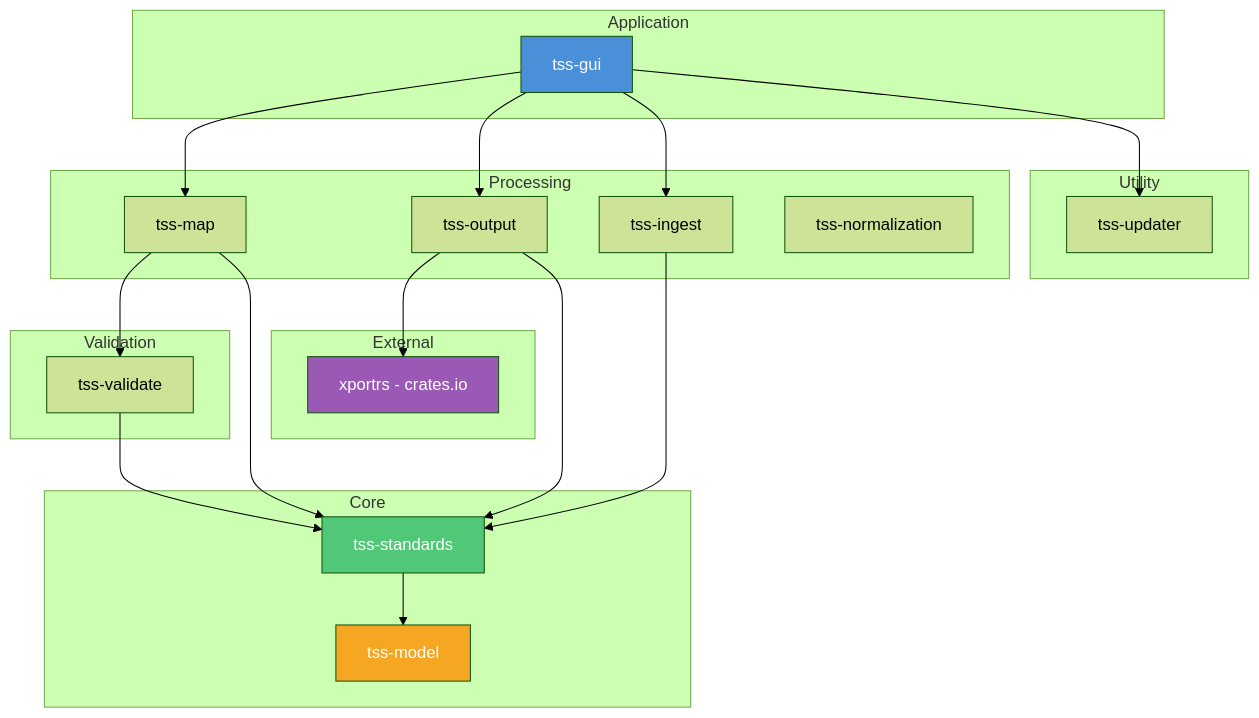
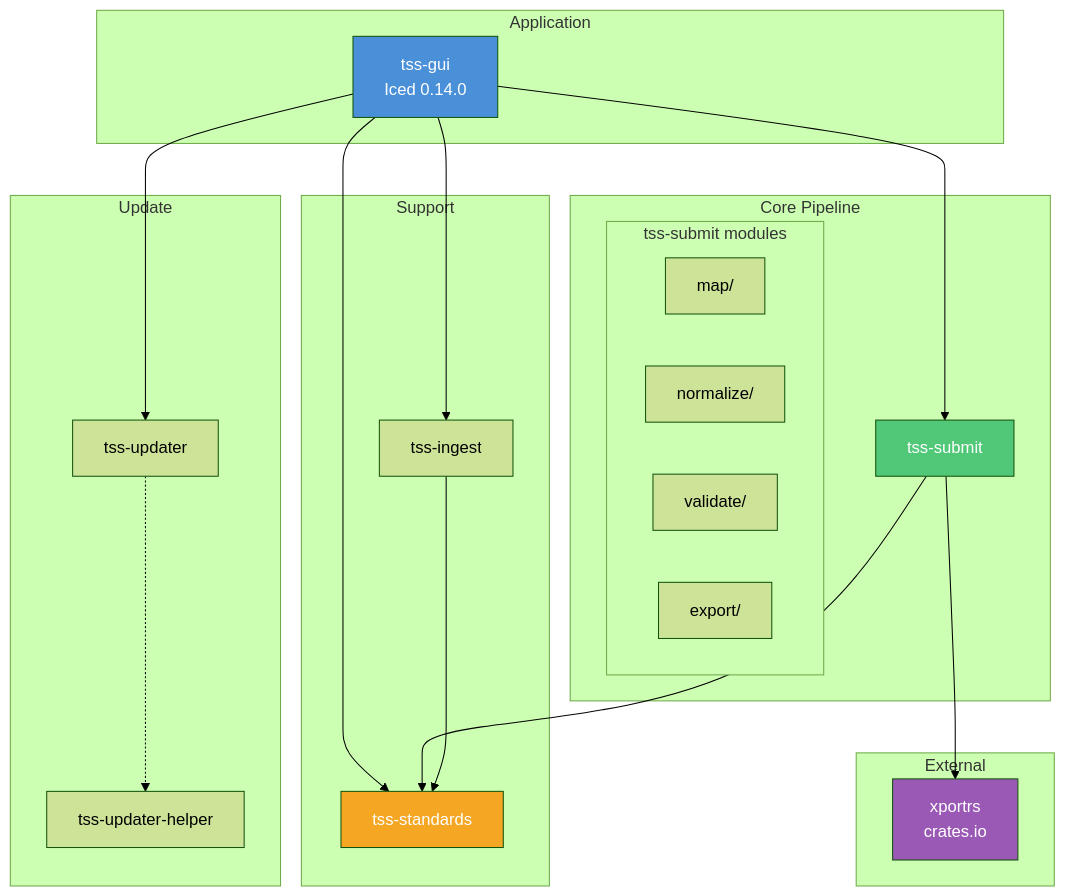
Before and after one commit to rubentalstra/Trial-Submission-Studio: the first of 4 diagrams in docs/src/architecture/overview.md, drawn with Mermaid (forest theme). The commit also changed other lines of this file and 35 other files, not shown here.

````diff
--- a/docs/src/architecture/overview.md
+++ b/docs/src/architecture/overview.md
@@ -43,46 +40,44 @@
 ```mermaid
 flowchart TD
     subgraph Application
-        GUI[tss-gui]
+        GUI[tss-gui<br/>Iced 0.14.0]
     end
 
-    subgraph Processing
-        MAP[tss-map]
-        OUTPUT[tss-output]
-        INGEST[tss-ingest]
-        TRANSFORM[tss-normalization]
+    subgraph "Core Pipeline"
+        SUBMIT[tss-submit]
+        subgraph modules[tss-submit modules]
+            MAP[map/]
+            NORM[normalize/]
+            VAL[validate/]
+            EXP[export/]
+        end
     end
 
-    subgraph Validation
-        VALIDATE[tss-validate]
+    subgraph Support
+        INGEST[tss-ingest]
+        STANDARDS[tss-standards]
+    end
+
+    subgraph Update
+        UPDATER[tss-updater]
+        HELPER[tss-updater-helper]
     end
 
     subgraph External
-        XPT[xportrs - crates.io]
+        XPT[xportrs<br/>crates.io]
     end
 
-    subgraph Core
-        STANDARDS[tss-standards]
-        MODEL[tss-model]
-    end
+    GUI --> SUBMIT
+    GUI --> INGEST
+    GUI --> STANDARDS
+    GUI --> UPDATER
+    SUBMIT --> STANDARDS
+    SUBMIT --> XPT
+    UPDATER -.-> HELPER
+    INGEST --> STANDARDS
 
-    subgraph Utility
-        UPDATER[tss-updater]
-    end
-
-    GUI --> MAP
-    GUI --> OUTPUT
-    GUI --> INGEST
-    GUI --> UPDATER
-    MAP --> VALIDATE
-    MAP --> STANDARDS
-    OUTPUT --> XPT
-    OUTPUT --> STANDARDS
-    INGEST --> STANDARDS
-    VALIDATE --> STANDARDS
-    STANDARDS --> MODEL
-    style GUI fill: #4a90d9, color: #fff
-    style STANDARDS fill: #50c878, color: #fff
-    style MODEL fill: #f5a623, color: #fff
-    style XPT fill: #9b59b6, color: #fff
+    style GUI fill:#4a90d9,color:#fff
+    style SUBMIT fill:#50c878,color:#fff
+    style STANDARDS fill:#f5a623,color:#fff
+    style XPT fill:#9b59b6,color:#fff
 ```
````
